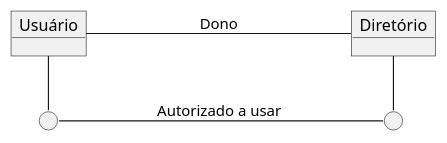
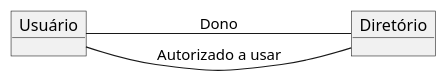
One commit to kyriosdata/oo changed the diagram in Imagens/modelos-01/imagem-14/mod01ima14.plantuml. Above: the diagram before and after it, drawn with PlantUML. The commit also changed 19 other files, not shown here.

```diff
--- a/Imagens/modelos-01/imagem-14/mod01ima14.plantuml
+++ b/Imagens/modelos-01/imagem-14/mod01ima14.plantuml
@@ -1,12 +1,9 @@
 @startuml mod01ima14
 skinparam ClassAttributeIconSize 0
 object "Usuário" as o1
 object "Diretório" as o2
-circle " " as p1
-circle " " as p2
+
 left to right direction
 o1 --- o2 : Dono
-o1 -right- p1
-p1 --- p2 : Autorizado a usar
-p2 --left- o2
+o1 -- o2 : Autorizado a usar
 @enduml
```
